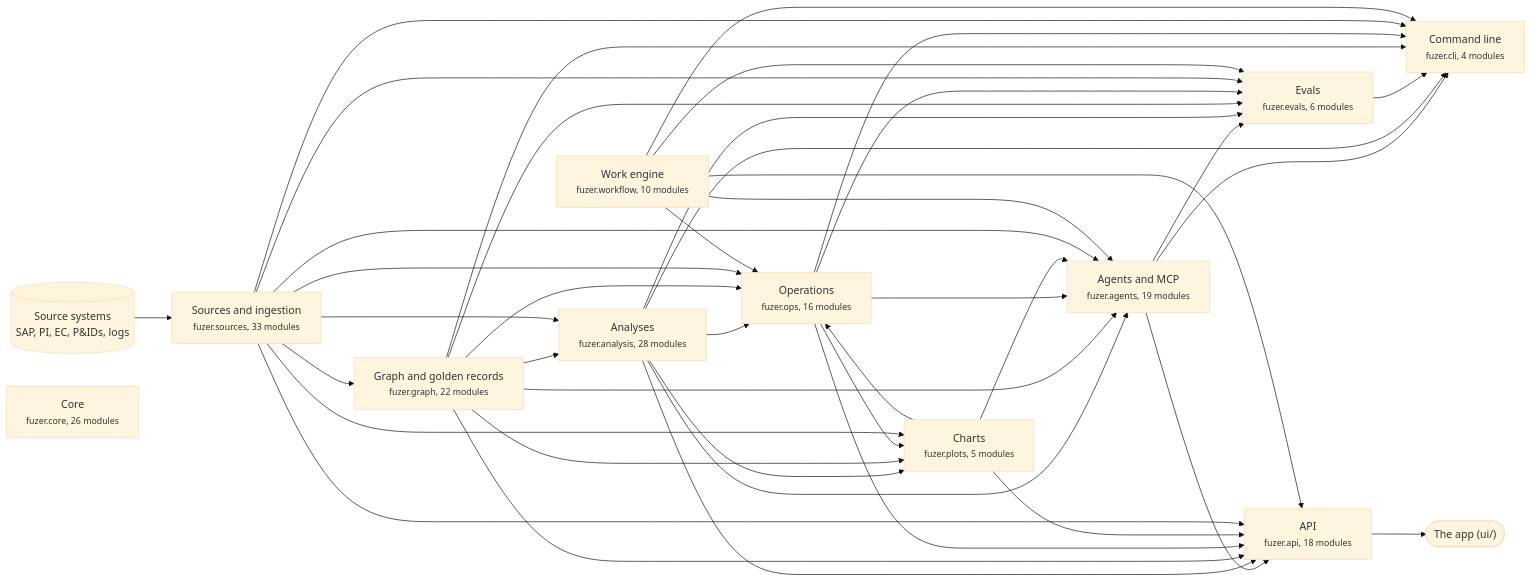
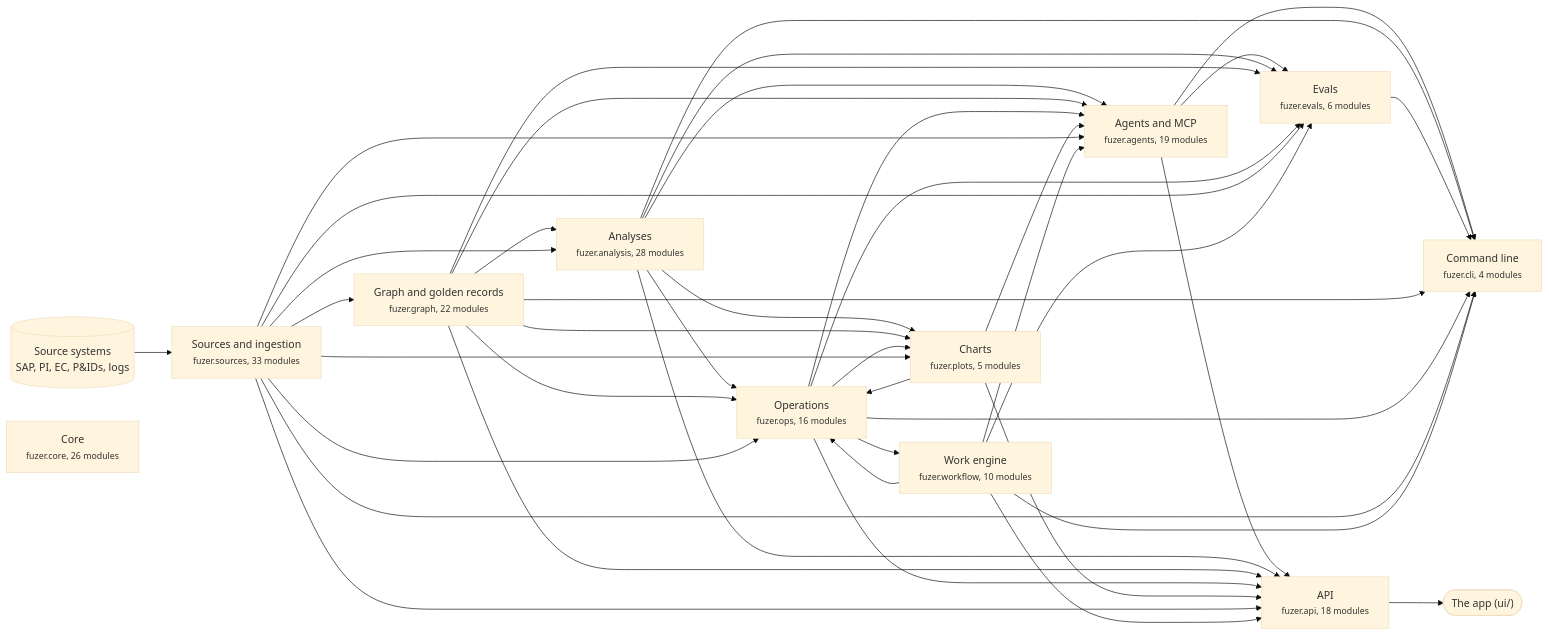
One commit to areed145/fuzer changed the first of 3 diagrams in docs/architecture.md. Above: the diagram before and after it, drawn with Mermaid (base theme). The commit also changed other lines of this file and 8 other files, not shown here.

````diff
--- a/docs/architecture.md
+++ b/docs/architecture.md
@@ -8,66 +8,67 @@
 ```mermaid
 flowchart LR
   systems[("Source systems<br>SAP, PI, EC, P&IDs, logs")] --> c_sources
   app(["The app (ui/)"])
   c_api --> app
   c_sources["Sources and ingestion<br><small>fuzer.sources, 33 modules</small>"]
   c_graph["Graph and golden records<br><small>fuzer.graph, 22 modules</small>"]
   c_analysis["Analyses<br><small>fuzer.analysis, 28 modules</small>"]
   c_ops["Operations<br><small>fuzer.ops, 16 modules</small>"]
   c_plots["Charts<br><small>fuzer.plots, 5 modules</small>"]
   c_workflow["Work engine<br><small>fuzer.workflow, 10 modules</small>"]
   c_agents["Agents and MCP<br><small>fuzer.agents, 19 modules</small>"]
   c_evals["Evals<br><small>fuzer.evals, 6 modules</small>"]
   c_api["API<br><small>fuzer.api, 18 modules</small>"]
   c_cli["Command line<br><small>fuzer.cli, 4 modules</small>"]
   c_core["Core<br><small>fuzer.core, 26 modules</small>"]
   c_sources --> c_graph
   c_graph --> c_analysis
   c_sources --> c_analysis
   c_analysis --> c_ops
   c_graph --> c_ops
   c_plots --> c_ops
   c_sources --> c_ops
   c_workflow --> c_ops
   c_analysis --> c_plots
   c_graph --> c_plots
   c_ops --> c_plots
   c_sources --> c_plots
+  c_ops --> c_workflow
   c_analysis --> c_agents
   c_graph --> c_agents
   c_ops --> c_agents
   c_plots --> c_agents
   c_sources --> c_agents
   c_workflow --> c_agents
   c_agents --> c_evals
   c_analysis --> c_evals
   c_graph --> c_evals
   c_ops --> c_evals
   c_sources --> c_evals
   c_workflow --> c_evals
   c_agents --> c_api
   c_analysis --> c_api
   c_graph --> c_api
   c_ops --> c_api
   c_plots --> c_api
   c_sources --> c_api
   c_workflow --> c_api
   c_agents --> c_cli
   c_analysis --> c_cli
   c_evals --> c_cli
   c_graph --> c_cli
   c_ops --> c_cli
   c_sources --> c_cli
   c_workflow --> c_cli
   click c_sources "https://github.com/areed145/fuzer/tree/main/src/fuzer/sources"
   click c_graph "https://github.com/areed145/fuzer/tree/main/src/fuzer/graph"
   click c_analysis "https://github.com/areed145/fuzer/tree/main/src/fuzer/analysis"
   click c_ops "https://github.com/areed145/fuzer/tree/main/src/fuzer/ops"
   click c_plots "https://github.com/areed145/fuzer/tree/main/src/fuzer/plots"
   click c_workflow "https://github.com/areed145/fuzer/tree/main/src/fuzer/workflow"
   click c_agents "https://github.com/areed145/fuzer/tree/main/src/fuzer/agents"
   click c_evals "https://github.com/areed145/fuzer/tree/main/src/fuzer/evals"
   click c_api "https://github.com/areed145/fuzer/tree/main/src/fuzer/api"
   click c_cli "https://github.com/areed145/fuzer/tree/main/src/fuzer/cli"
   click c_core "https://github.com/areed145/fuzer/tree/main/src/fuzer/core"
 ```
````
